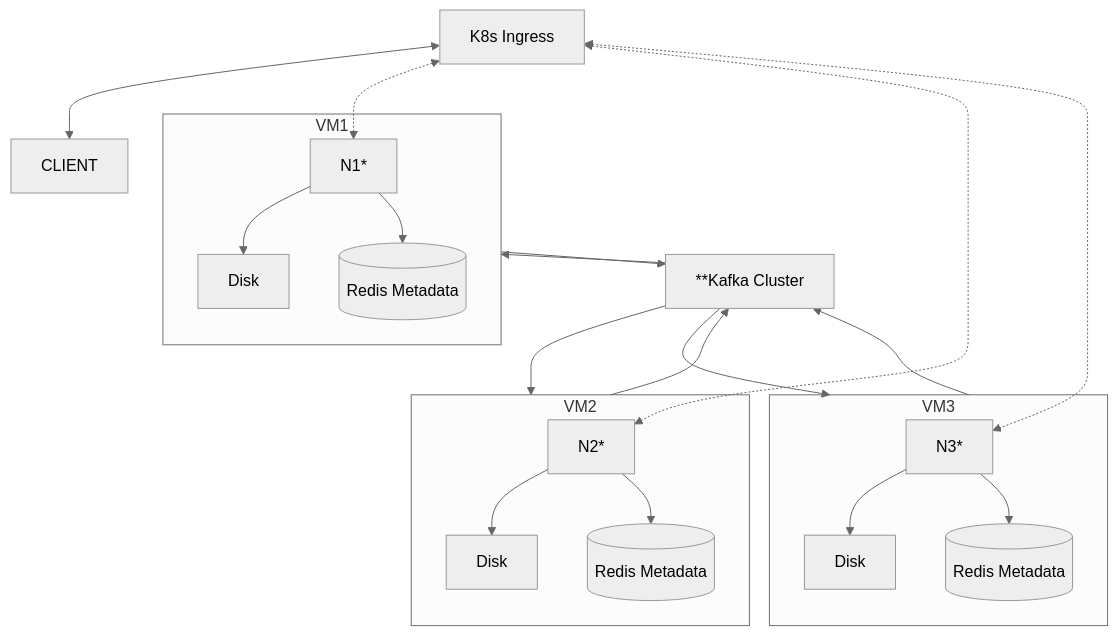
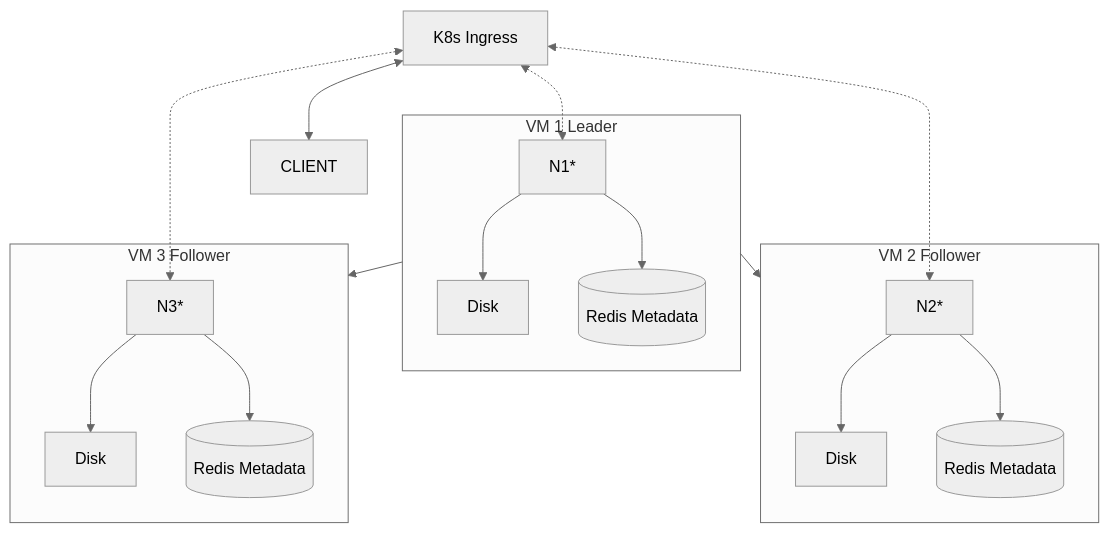
One commit to UniversityOfHelsinkiCS/distributed-file-system changed the diagram in README.md. Above: the diagram before and after it, drawn with Mermaid (neutral theme).

````diff
--- a/README.md
+++ b/README.md
@@ -54,34 +54,28 @@
 ```mermaid
 graph TD;
-    subgraph VM1
+    subgraph VM1[VM 1 Leader]
         N1* --> Disk1[Disk]
         N1* --> Redis1[(Redis Metadata)]
     end
 
-    Kafka[**Kafka Cluster];
-
-    subgraph VM2
+    subgraph VM2[VM 2 Follower]
         N2* --> Disk2[Disk]
         N2* --> Redis2[(Redis Metadata)]
     end
 
-    subgraph VM3
+    subgraph VM3[VM 3 Follower]
         N3* --> Disk3[Disk]
         N3* --> Redis3[(Redis Metadata)]
     end
 
     CLIENT
 
     K8s[K8s Ingress] <--> CLIENT;
 
     K8s <-.-> N1*;
     K8s <-.-> N2*;
     K8s <-.-> N3*;
 
-    VM1 --> Kafka;
-    Kafka --> VM1;
-    VM2 --> Kafka;
-    Kafka --> VM2;
-    VM3 --> Kafka;
-    Kafka --> VM3;
+    VM1 --> VM2;
+    VM1 --> VM3;
 ```
````
